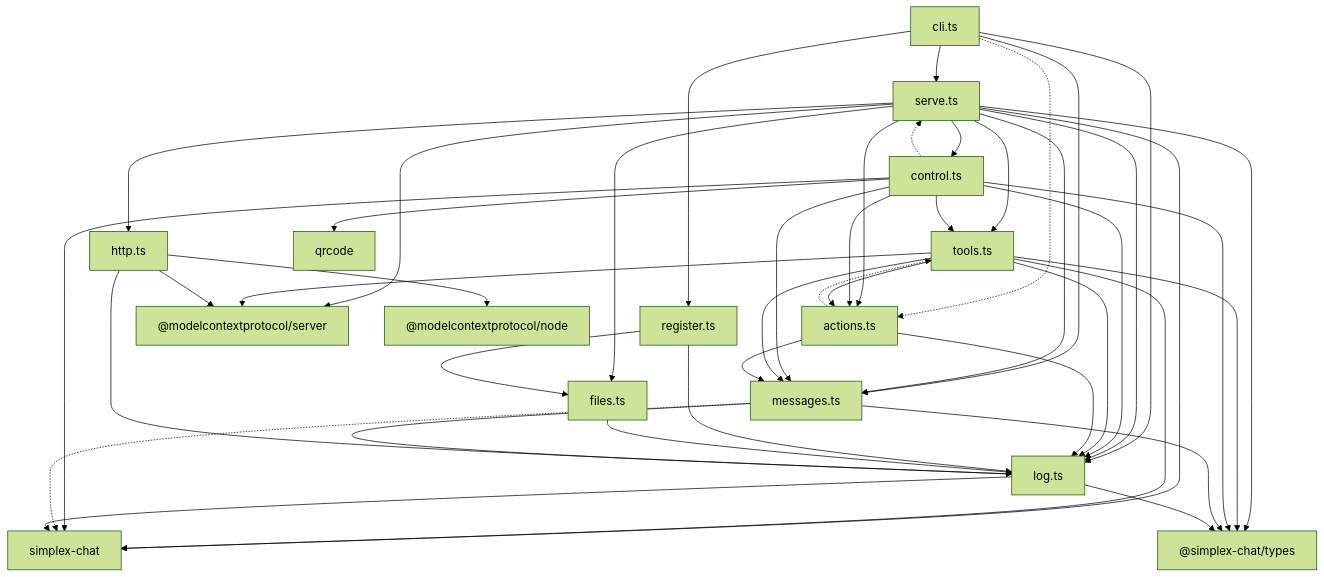
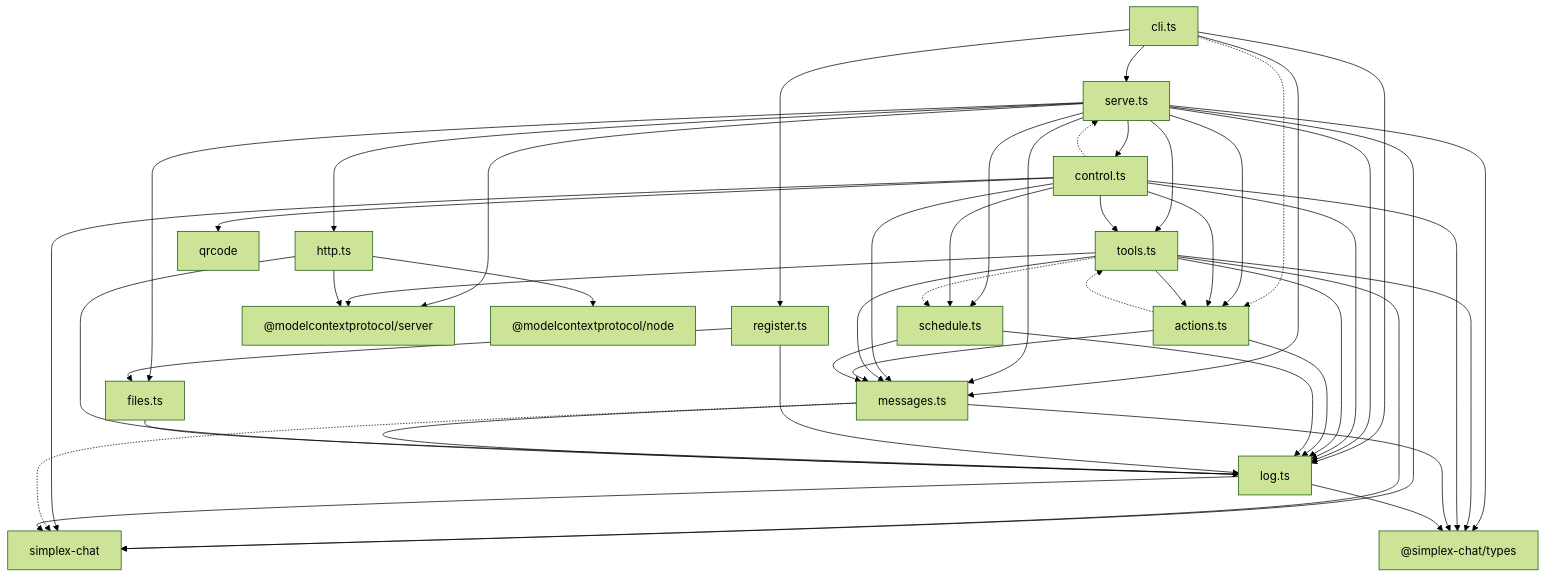
The diagram in packages/simplex-chat-mcp/spec/README.md (simplex-chat/simplex-chat), drawn with Mermaid (forest theme) before and after one commit. The commit also changed other lines of this file and 8 other files, not shown here.

````diff
--- a/packages/simplex-chat-mcp/spec/README.md
+++ b/packages/simplex-chat-mcp/spec/README.md
@@ -34,46 +36,51 @@
 ```mermaid
 graph TD
   cli["cli.ts"] --> serve["serve.ts"]
   cli --> register["register.ts"]
   cli --> messages["messages.ts"]
   cli --> log["log.ts"]
   cli -.-> actions["actions.ts"]
   serve --> control["control.ts"]
   serve --> tools["tools.ts"]
   serve --> actions
   serve --> http["http.ts"]
   serve --> files["files.ts"]
   serve --> messages
   serve --> log
+  serve --> schedule["schedule.ts"]
   control --> tools
   control --> actions
   control --> messages
   control --> log
   control -.-> serve
+  control --> schedule
   tools --> actions
   tools --> messages
   tools --> log
+  tools -.-> schedule
   actions --> messages
   actions --> log
   actions -.-> tools
+  schedule --> messages
+  schedule --> log
   register --> files
   register --> log
   files --> log
   http --> log
   messages --> log
   serve --> sc["simplex-chat"]
   tools --> sc
   control --> sc
   messages -.-> sc
   log --> sc
   serve --> types["@simplex-chat/types"]
   tools --> types
   control --> types
   messages --> types
   log --> types
   serve --> mcps["@modelcontextprotocol/server"]
   tools --> mcps
   http --> mcps
   http --> mcpn["@modelcontextprotocol/node"]
   control --> qr["qrcode"]
 ```
````
